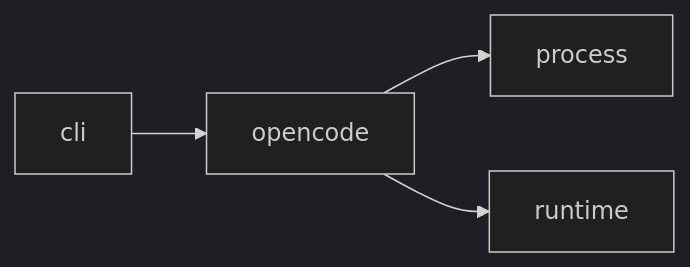
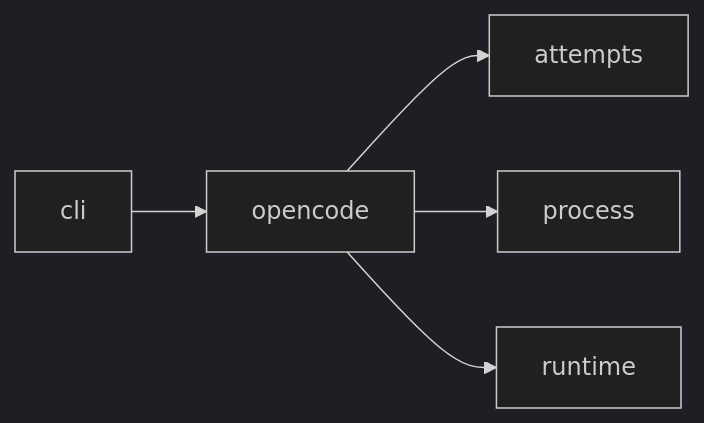
One commit to plaplanche/ariane changed the diagram in docs/architecture/modules/opencode.md. Above: the diagram before and after it, drawn with Mermaid (dark theme). The commit also changed other lines of this file and 23 other files, not shown here.

````diff
--- a/docs/architecture/modules/opencode.md
+++ b/docs/architecture/modules/opencode.md
@@ -21,6 +23,7 @@
 ```mermaid
 flowchart LR
+  opencode --> attempts
   opencode --> process
   opencode --> runtime
   cli --> opencode
 ```
````
